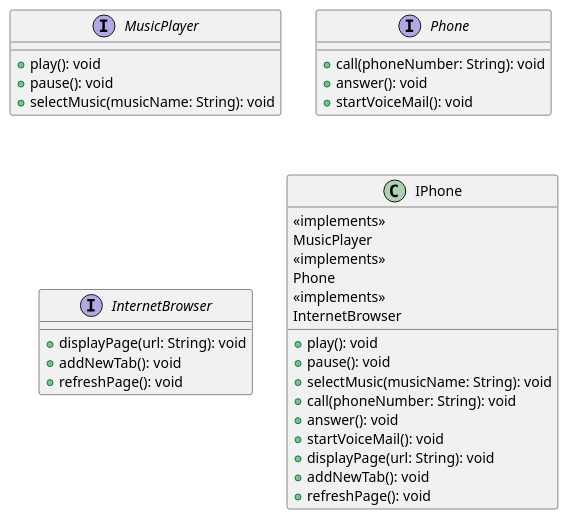
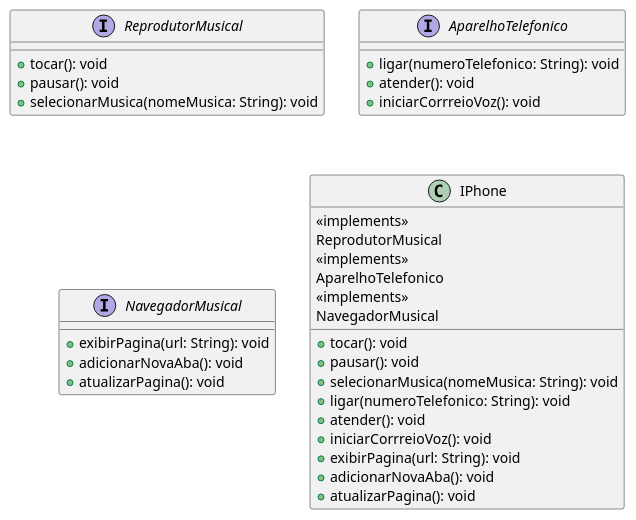
The diagram in README.md (joaoVR-prado/-Orienta-o-a-Objetos-e-UML-Diagrama-o-de-Classes-do-iPhone), drawn with PlantUML before and after one commit. The commit also changed other lines of this file, not shown here.

```diff
--- a/README.md
+++ b/README.md
@@ -4,40 +3,40 @@
 @startuml
 
-interface MusicPlayer {
-    + play(): void
-    + pause(): void
-    + selectMusic(musicName: String): void
+interface ReprodutorMusical {
+    + tocar(): void
+    + pausar(): void
+    + selecionarMusica(nomeMusica: String): void
 }
 
-interface Phone {
-    + call(phoneNumber: String): void
-    + answer(): void
-    + startVoiceMail(): void
+interface AparelhoTelefonico {
+    + ligar(numeroTelefonico: String): void
+    + atender(): void
+    + iniciarCorrreioVoz(): void
 }
 
-interface InternetBrowser {
-    + displayPage(url: String): void
-    + addNewTab(): void
-    + refreshPage(): void
+interface NavegadorMusical {
+    + exibirPagina(url: String): void
+    + adicionarNovaAba(): void
+    + atualizarPagina(): void
 }
 
 class IPhone {
     <<implements>>
-    MusicPlayer
+    ReprodutorMusical
     <<implements>>
-    Phone
+    AparelhoTelefonico
     <<implements>>
-    InternetBrowser
+    NavegadorMusical
 
-    + play(): void
-    + pause(): void
-    + selectMusic(musicName: String): void
-    + call(phoneNumber: String): void
-    + answer(): void
-    + startVoiceMail(): void
-    + displayPage(url: String): void
-    + addNewTab(): void
-    + refreshPage(): void
+    + tocar(): void
+    + pausar(): void
+    + selecionarMusica(nomeMusica: String): void
+    + ligar(numeroTelefonico: String): void
+    + atender(): void
+    + iniciarCorrreioVoz(): void
+    + exibirPagina(url: String): void
+    + adicionarNovaAba(): void
+    + atualizarPagina(): void
 }
 
 @enduml
```
